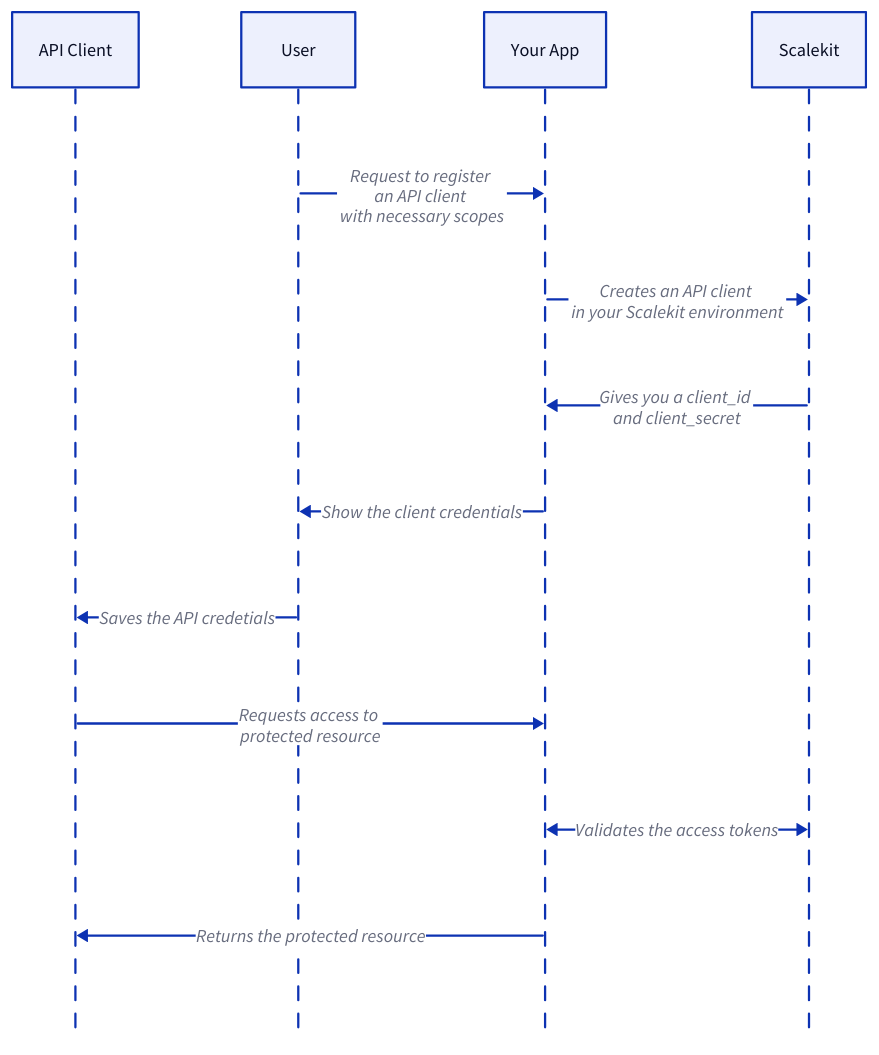
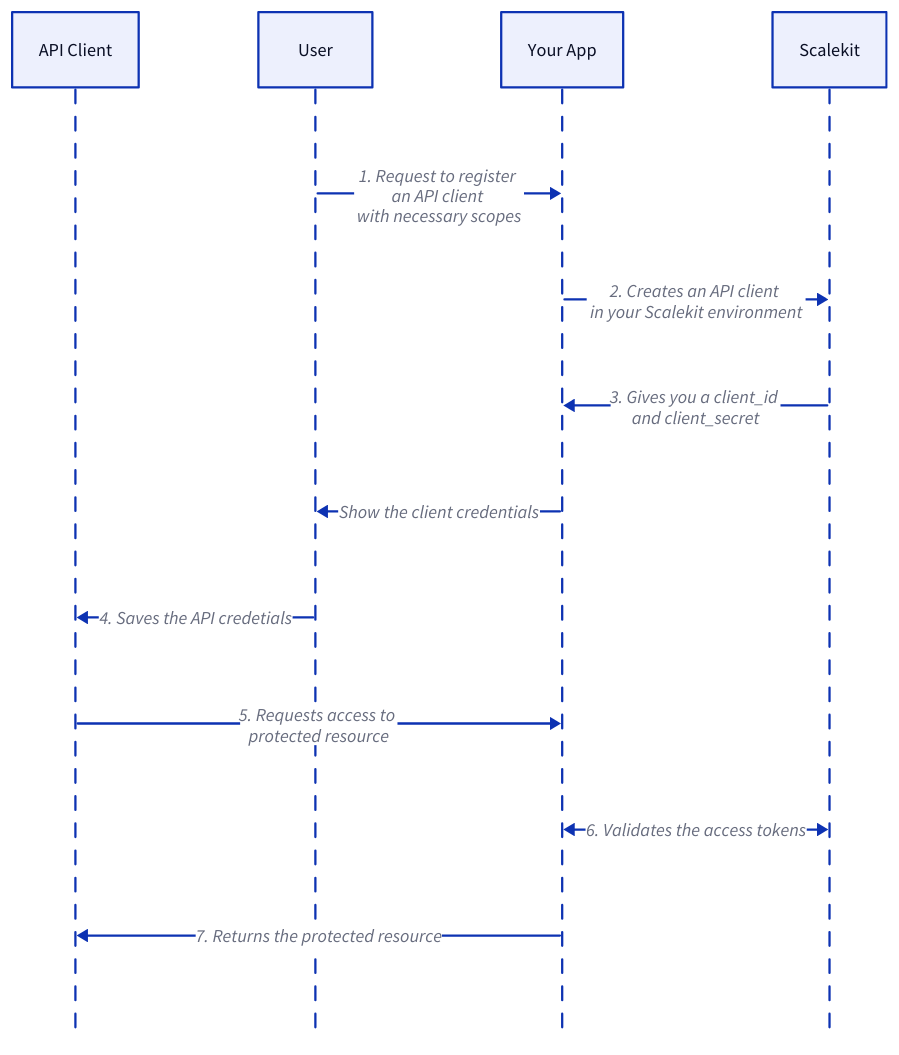
The diagram in src/content/docs/authenticate/m2m/api-auth-quickstart.mdx (scalekit-inc/developer-docs), drawn with D2 before and after one commit. The commit also changed other lines of this file and 4 other files, not shown here.

````diff
--- a/src/content/docs/authenticate/m2m/api-auth-quickstart.mdx
+++ b/src/content/docs/authenticate/m2m/api-auth-quickstart.mdx
@@ -51,16 +34,16 @@
 ```d2
 shape: sequence_diagram
 
 API Client
 User
 
-User -> Your App: Request to register \n an API client \n with necessary scopes
-Your App -> Scalekit: Creates an API client \n in your Scalekit environment
-Scalekit -> Your App: Gives you a client_id \n and client_secret
+User -> Your App: 1. Request to register \n an API client \n with necessary scopes
+Your App -> Scalekit: 2. Creates an API client \n in your Scalekit environment
+Scalekit -> Your App: 3. Gives you a client_id \n and client_secret
 Your App -> User: Show the client credentials
-User -> API Client: Saves the API credetials
-API Client -> Your App: Requests access to \n protected resource
-Your App <> Scalekit: Validates the access tokens
-Your App -> API Client: Returns the protected resource
+User -> API Client: 4. Saves the API credetials
+API Client -> Your App: 5. Requests access to \n protected resource
+Your App <> Scalekit: 6. Validates the access tokens
+Your App -> API Client: 7. Returns the protected resource
 
 ```
````
